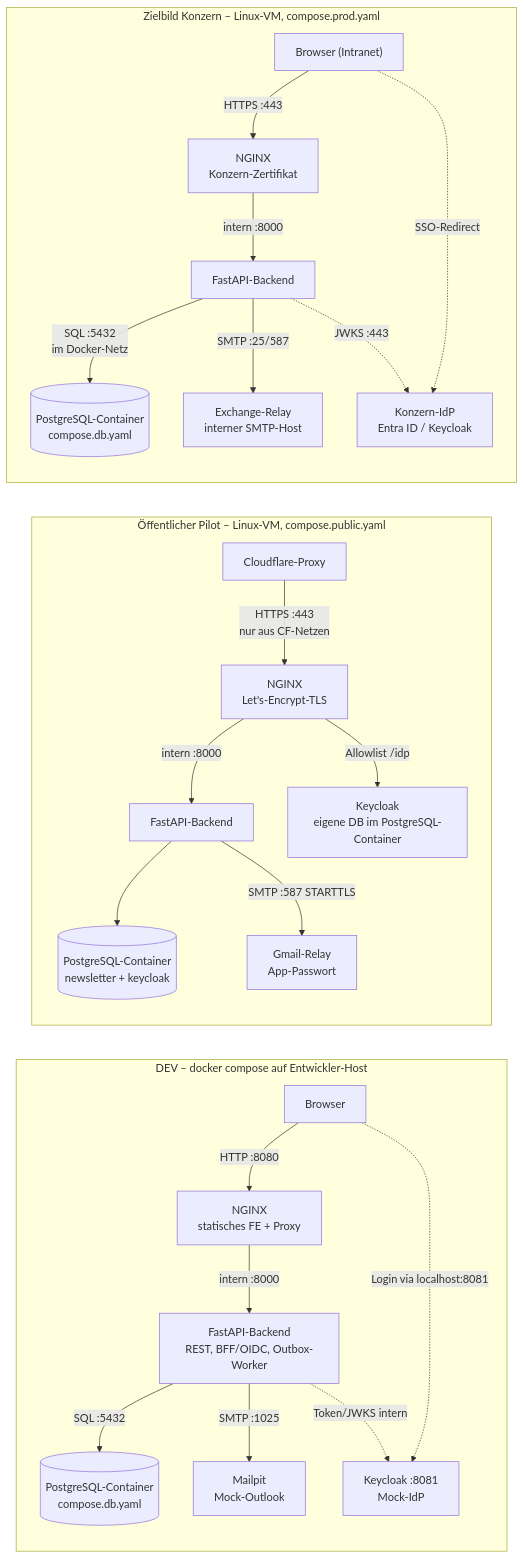
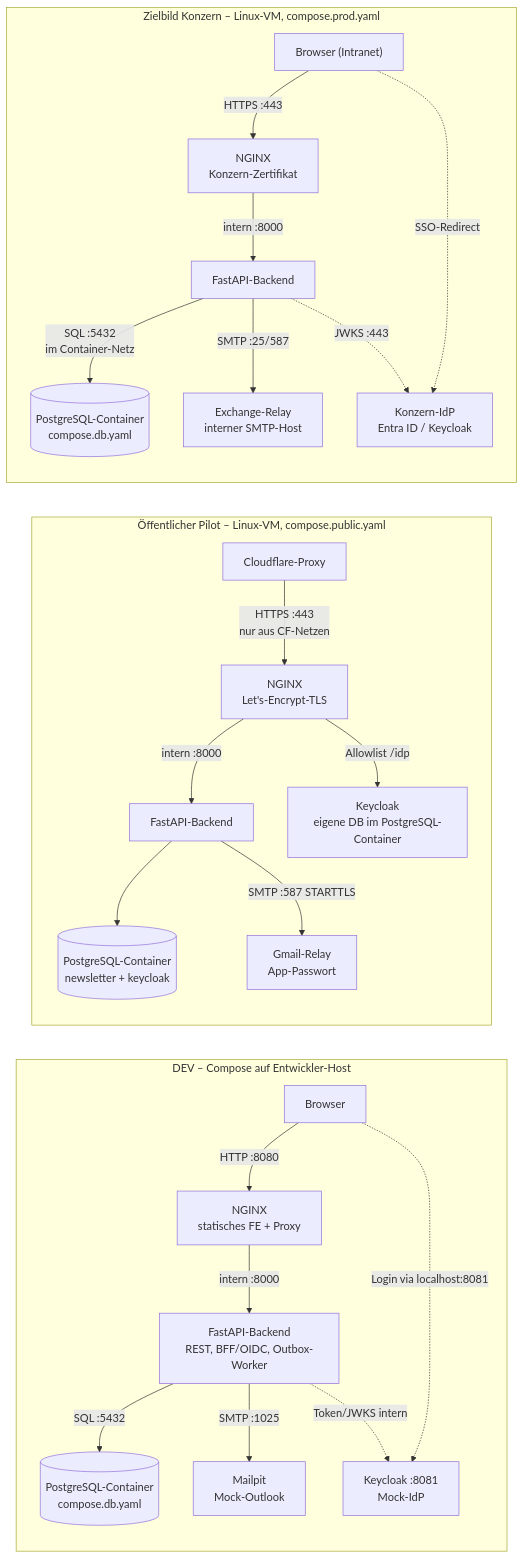
The diagram in docs/ARCHITECTURE.md (NeoAsylum/kundeninfo_newsletter), drawn with Mermaid before and after one commit. The commit also changed other lines of this file and 27 other files, not shown here.

````diff
--- a/docs/ARCHITECTURE.md
+++ b/docs/ARCHITECTURE.md
@@ -9,28 +9,28 @@
 ```mermaid
 flowchart LR
-  subgraph DEV["DEV – docker compose auf Entwickler-Host"]
+  subgraph DEV["DEV – Compose auf Entwickler-Host"]
     B1["Browser"] -->|"HTTP :8080"| N1["NGINX<br/>statisches FE + Proxy"]
     N1 -->|"intern :8000"| A1["FastAPI-Backend<br/>REST, BFF/OIDC, Outbox-Worker"]
     A1 -->|"SQL :5432"| DB1[("PostgreSQL-Container<br/>compose.db.yaml")]
     A1 -->|"SMTP :1025"| MP["Mailpit<br/>Mock-Outlook"]
     B1 -.->|"Login via localhost:8081"| KC["Keycloak :8081<br/>Mock-IdP"]
     A1 -.->|"Token/JWKS intern"| KC
   end
 
   subgraph PILOT["Öffentlicher Pilot – Linux-VM, compose.public.yaml"]
     CF["Cloudflare-Proxy"] -->|"HTTPS :443<br/>nur aus CF-Netzen"| N3["NGINX<br/>Let's-Encrypt-TLS"]
     N3 -->|"intern :8000"| A3["FastAPI-Backend"]
     N3 -->|"Allowlist /idp"| KC3["Keycloak<br/>eigene DB im PostgreSQL-Container"]
     A3 --> DB3[("PostgreSQL-Container<br/>newsletter + keycloak")]
     A3 -->|"SMTP :587 STARTTLS"| GM["Gmail-Relay<br/>App-Passwort"]
   end
 
   subgraph PROD["Zielbild Konzern – Linux-VM, compose.prod.yaml"]
     B2["Browser (Intranet)"] -->|"HTTPS :443"| N2["NGINX<br/>Konzern-Zertifikat"]
     N2 -->|"intern :8000"| A2["FastAPI-Backend"]
-    A2 -->|"SQL :5432<br/>im Docker-Netz"| DB2[("PostgreSQL-Container<br/>compose.db.yaml")]
+    A2 -->|"SQL :5432<br/>im Container-Netz"| DB2[("PostgreSQL-Container<br/>compose.db.yaml")]
     B2 -.->|"SSO-Redirect"| IDP["Konzern-IdP<br/>Entra ID / Keycloak"]
     A2 -->|"SMTP :25/587"| XR["Exchange-Relay<br/>interner SMTP-Host"]
     A2 -.->|"JWKS :443"| IDP
   end
 ```
````
